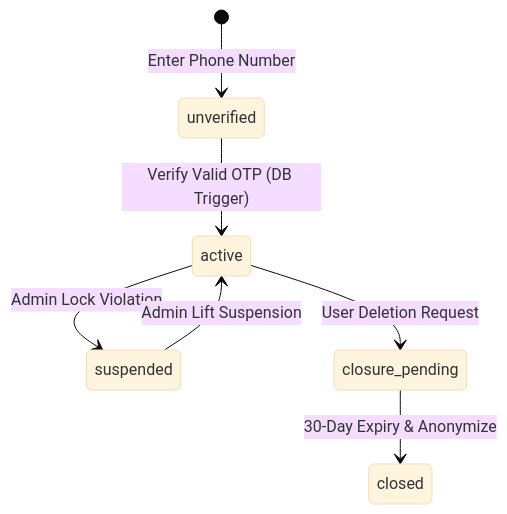
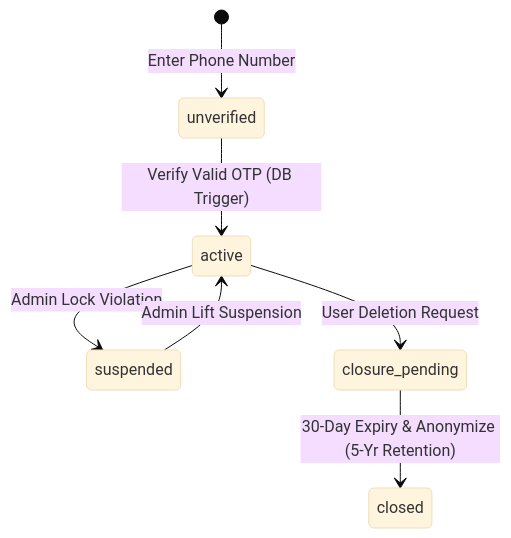
Before and after one commit to msorori-mh/NetYemen: the first of 3 diagrams in docs/NETYEMEN-WORKFLOW-STATE-MACHINES-01.md, drawn with Mermaid (base theme). The commit also changed other lines of this file and 7 other files, not shown here.

````diff
--- a/docs/NETYEMEN-WORKFLOW-STATE-MACHINES-01.md
+++ b/docs/NETYEMEN-WORKFLOW-STATE-MACHINES-01.md
@@ -36,9 +32,9 @@
 ```mermaid
 stateDiagram-v2
     [*] --> unverified : Enter Phone Number
     unverified --> active : Verify Valid OTP (DB Trigger)
     active --> suspended : Admin Lock Violation
     suspended --> active : Admin Lift Suspension
     active --> closure_pending : User Deletion Request
-    closure_pending --> closed : 30-Day Expiry & Anonymize
+    closure_pending --> closed : 30-Day Expiry & Anonymize (5-Yr Retention)
 ```
````
